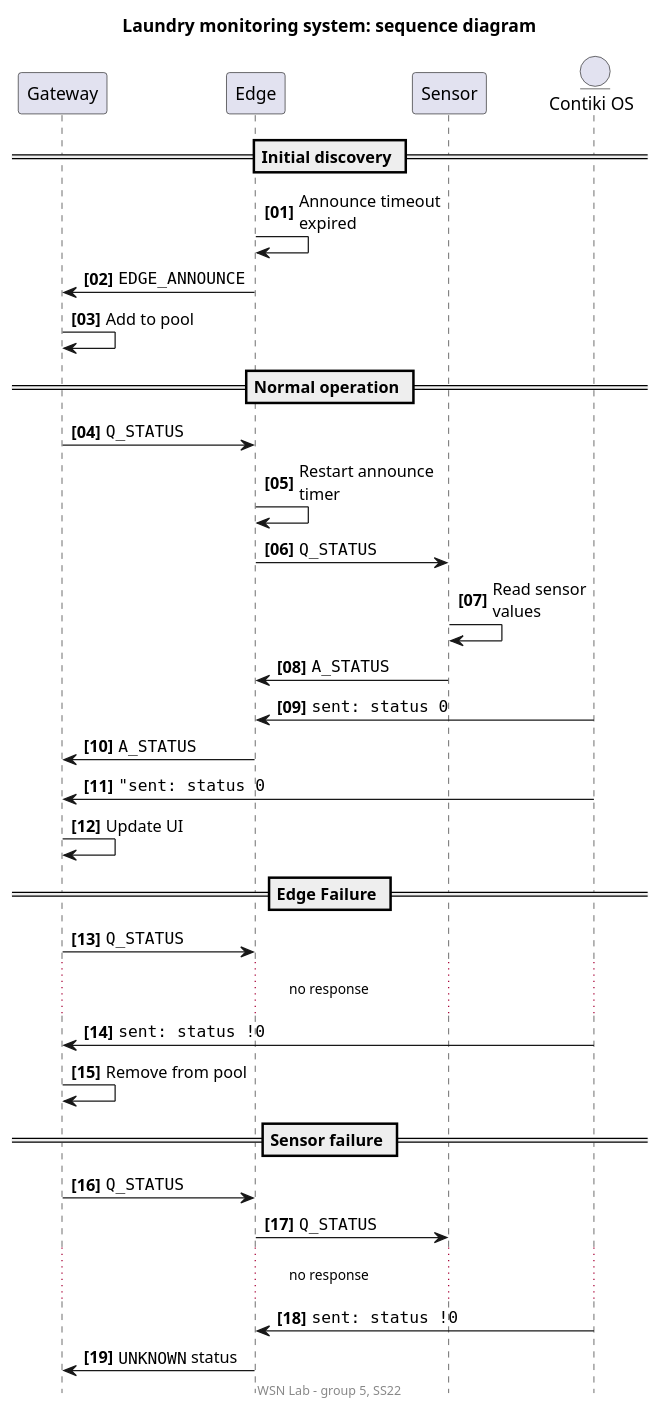
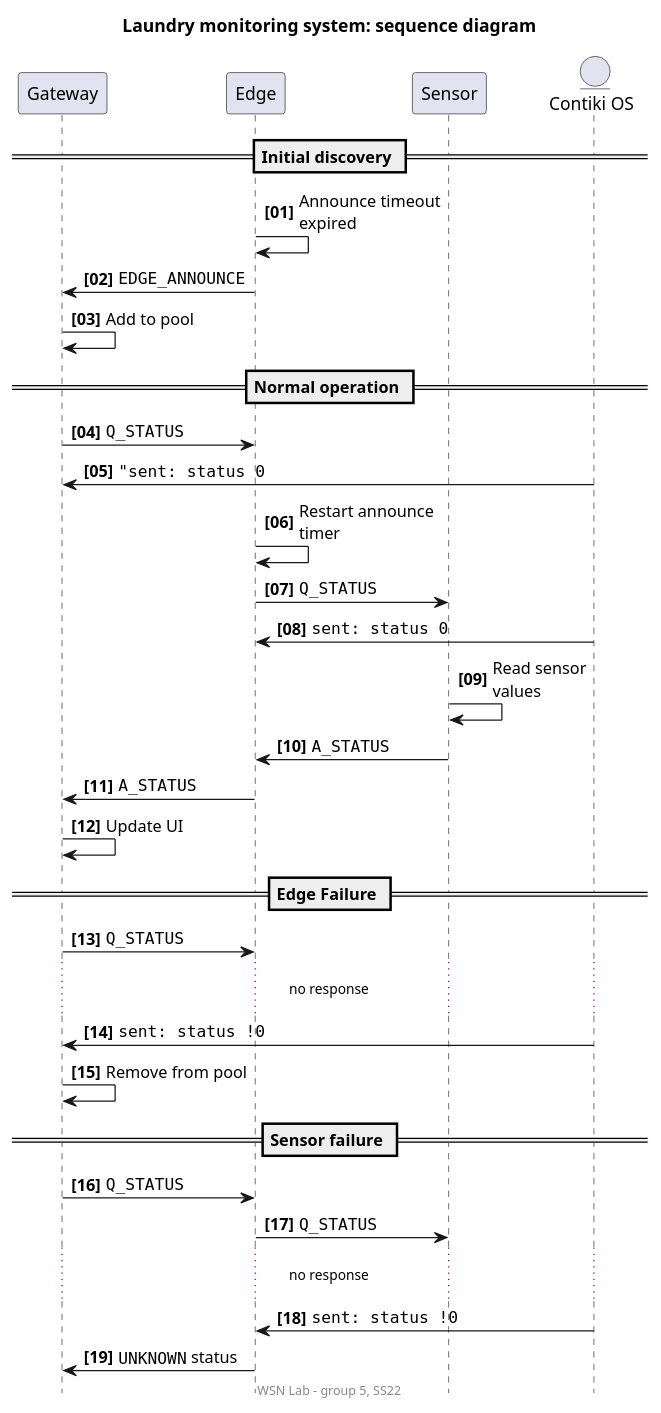
The diagram in project/uml/sequence.plantuml (ivandkhn/laundry-monitoring), drawn with PlantUML before and after one commit. The commit also changed other lines of this file and 1 other file, not shown here.

```diff
--- a/project/uml/sequence.plantuml
+++ b/project/uml/sequence.plantuml
@@ -1,45 +1,45 @@
 @startuml seq
 
 title Laundry monitoring system: sequence diagram
 footer WSN Lab – group 5, SS22
 
 hide footbox
 autonumber "<b>[00]</b>"
 skinparam shadowing false
 skinparam maxMessageSize 120
 
 participant "Gateway" as g
 participant "Edge" as e
 participant "Sensor" as s
 entity "Contiki OS" as c
 
 == Initial discovery ==
 e -> e: Announce timeout expired
 g <- e: ""EDGE_ANNOUNCE""
 g -> g: Add to pool
 
 == Normal operation ==
 g -> e: ""Q_STATUS""
+g <- c: """sent: status 0""
 e -> e: Restart announce timer
 e -> s: ""Q_STATUS""
+e <- c: ""sent: status 0""
 s -> s: Read sensor\nvalues
 e <- s: ""A_STATUS""
-e <- c: ""sent: status 0""
 g <- e: ""A_STATUS""
-g <- c: """sent: status 0""
 g -> g: Update UI
 
 == Edge Failure ==
 g -> e: ""Q_STATUS""
 ... no response ...
 g <- c: ""sent: status !0""
 g -> g: Remove from pool
 
 == Sensor failure ==
 g -> e: ""Q_STATUS""
 e -> s: ""Q_STATUS""
 ... no response ...
 e <- c: ""sent: status !0""
 g <- e: ""UNKNOWN"" status
 
 @enduml
```
